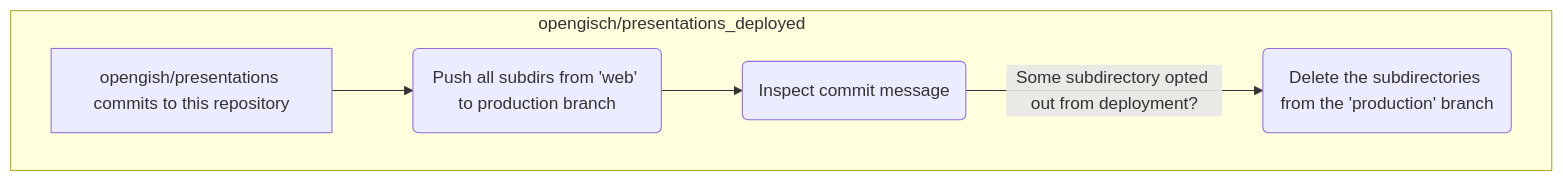
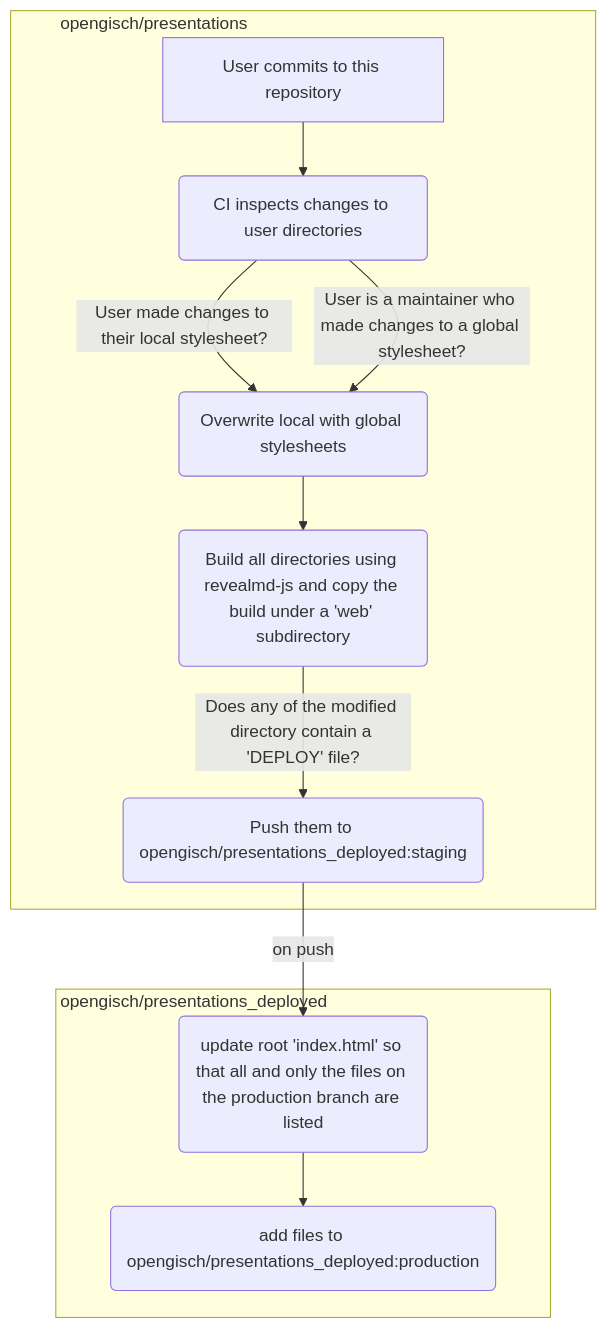
Before and after one commit to opengisch/teaching-slides: the diagram in README.md, drawn with Mermaid.

````diff
--- a/README.md
+++ b/README.md
@@ -3,9 +3,17 @@
 ```mermaid
 graph TD
-    subgraph Alpha[opengisch/presentations_deployed]
-        A[opengish/presentations commits to this repository] --> B(Push all subdirs from 'web' to production branch)
-        B --> C(Inspect commit message) --> |Some subdirectory opted out from deployment?| D(Delete the subdirectories from the 'production' branch)
+    subgraph Alpha[opengisch/presentations]
+        A[User commits to this repository] --> B(CI inspects changes to user directories)
+        B --> |User made changes to their local stylesheet?| C(Overwrite local with global stylesheets)
+        B --> |User is a maintainer who made changes to a global stylesheet?| C
+        C --> D(Build all directories using revealmd-js and copy the build under a 'web' subdirectory)
+        D --> |Does any of the modified directory contain a 'DEPLOY' file?| E(Push them to opengisch/presentations_deployed:staging)
+    end
+    subgraph Beta [opengisch/presentations_deployed]
+        E --> |on push| F(update root 'index.html' so that all and only the files on the production branch are listed)
+        F --> G(add files to opengisch/presentations_deployed:production)
     end
     classDef r margin-right: 450px
     class Alpha r
+    class Beta r
 ```
````
